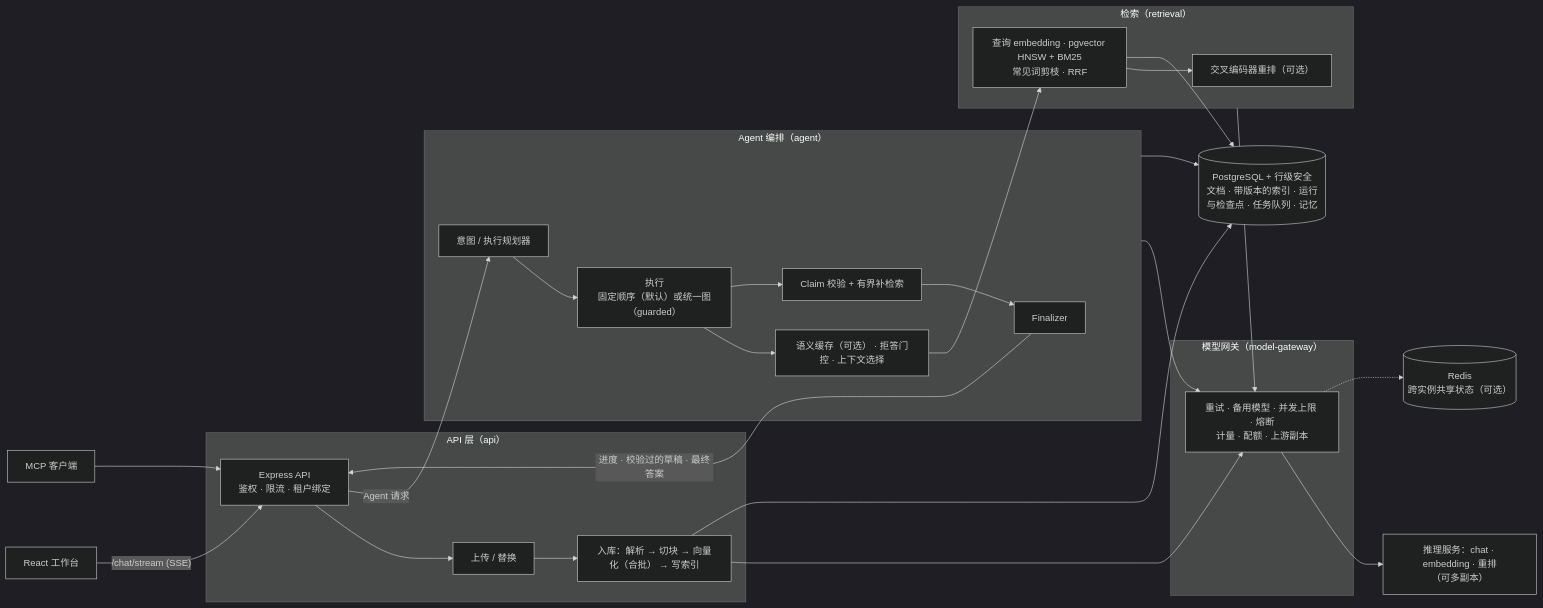
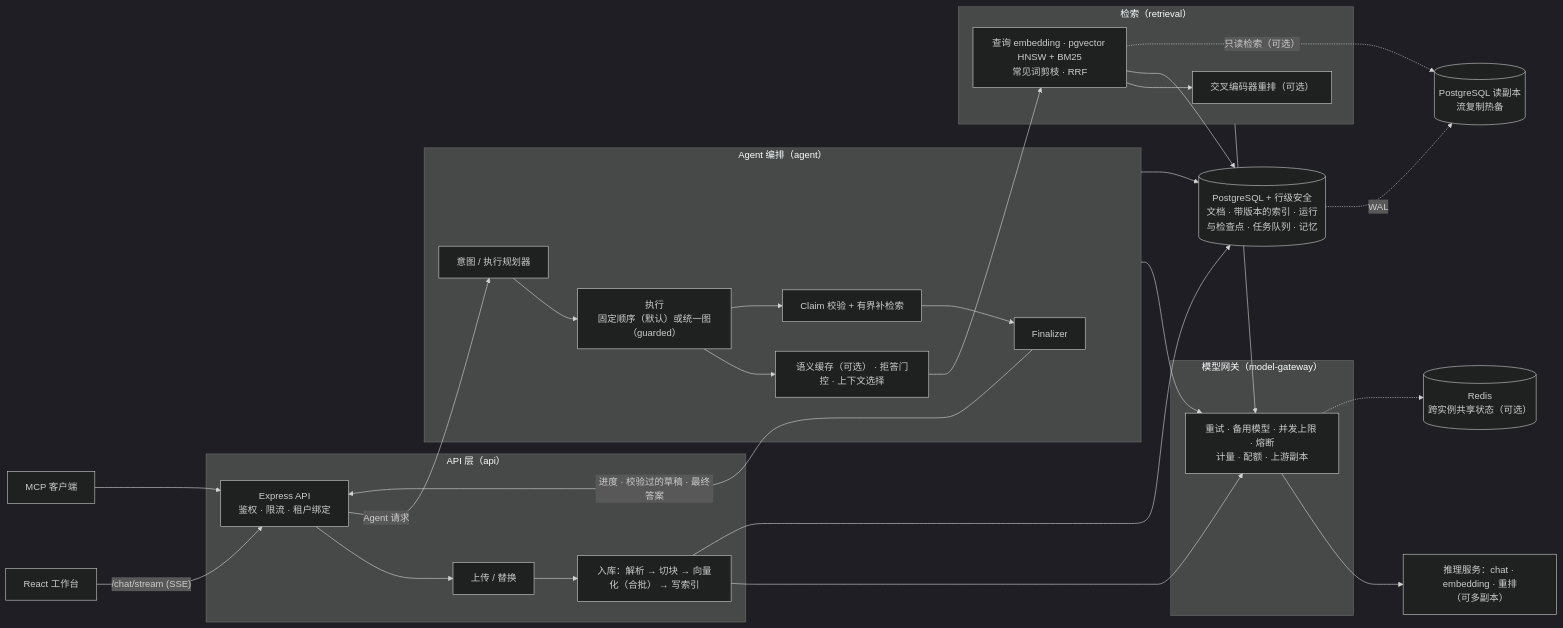
Before and after one commit to luc1ferxx/Luc1ferxx_Archive_RAG: the diagram in README.md, drawn with Mermaid (dark theme). The commit also changed other lines of this file and 101 other files, not shown here.

````diff
--- a/README.md
+++ b/README.md
@@ -31,38 +31,40 @@
 ```mermaid
 flowchart LR
   UI["React 工作台"] -->|"/chat/stream (SSE)"| API
   MCP["MCP 客户端"] --> API
 
   subgraph Edge["API 层（api）"]
     API["Express API<br/>鉴权 · 限流 · 租户绑定"]
     Upload["上传 / 替换"] --> Pipe["入库：解析 → 切块 → 向量化（合批） → 写索引"]
   end
 
   subgraph Agent["Agent 编排（agent）"]
     Plan["意图 / 执行规划器"] --> Exec["执行<br/>固定顺序（默认）或统一图（guarded）"]
     Exec --> Gate["语义缓存（可选） · 拒答门控 · 上下文选择"]
     Exec --> Check["Claim 校验 + 有界补检索"]
     Check --> Final["Finalizer"]
   end
 
   subgraph Retrieval["检索（retrieval）"]
     Hybrid["查询 embedding · pgvector HNSW + BM25<br/>常见词剪枝 · RRF"] --> Rerank["交叉编码器重排（可选）"]
   end
 
   subgraph ModelGateway["模型网关（model-gateway）"]
     GW["重试 · 备用模型 · 并发上限 · 熔断<br/>计量 · 配额 · 上游副本"]
   end
 
   API --> Upload
   API -->|"Agent 请求"| Plan
   Final -->|"进度 · 校验过的草稿 · 最终答案"| API
   Gate --> Hybrid
   Agent --> GW
   Retrieval --> GW
   Pipe --> GW
   GW --> Backends["推理服务：chat · embedding · 重排<br/>（可多副本）"]
   GW -.-> Redis[("Redis<br/>跨实例共享状态（可选）")]
   Hybrid --> PG
+  Hybrid -.->|"只读检索（可选）"| Replica[("PostgreSQL 读副本<br/>流复制热备")]
+  PG -.->|"WAL"| Replica
   Pipe --> PG
   Agent --> PG[("PostgreSQL + 行级安全<br/>文档 · 带版本的索引 · 运行与检查点 · 任务队列 · 记忆")]
 ```
````
